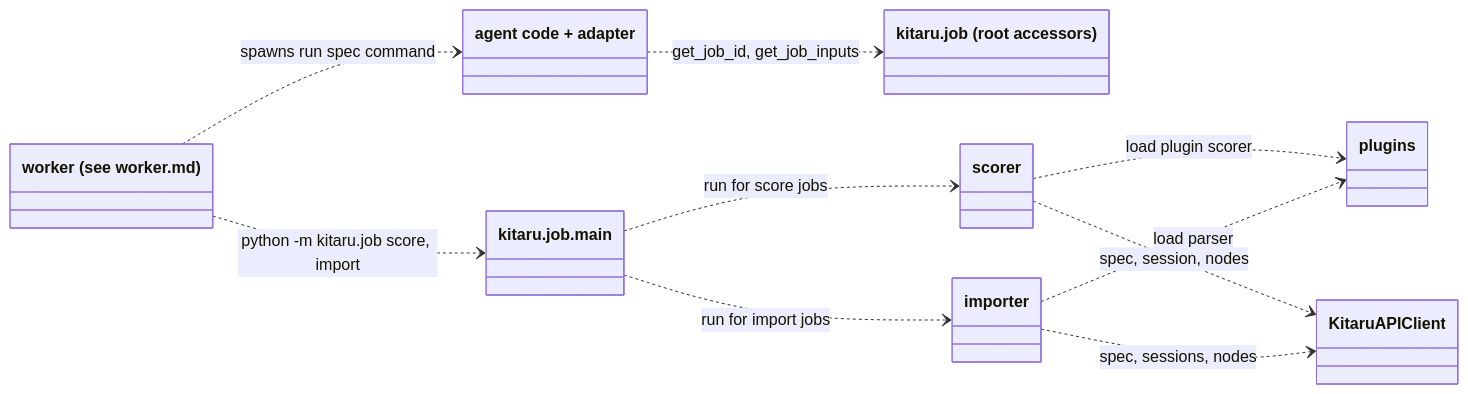
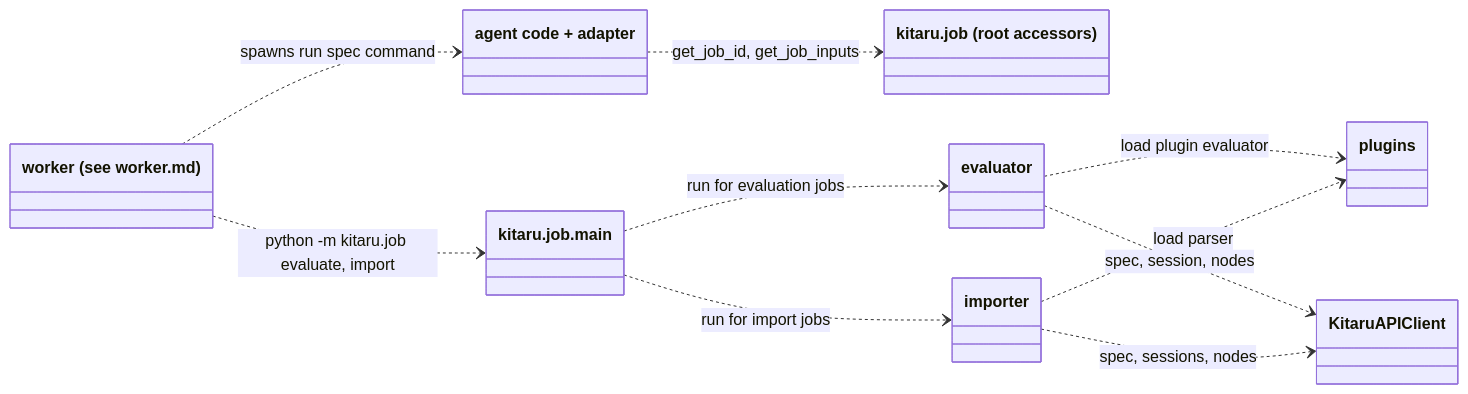
One commit to zenml-io/kitaru changed the diagram in spec/v2/job.md. Above: the diagram before and after it, drawn with Mermaid. The commit also changed other lines of this file and 3 other files, not shown here.

````diff
--- a/spec/v2/job.md
+++ b/spec/v2/job.md
@@ -201,17 +202,17 @@
 ```mermaid
 classDiagram
     direction LR
     class worker_process["worker (see worker.md)"]
     class main["kitaru.job.__main__"]
     class agent_code["agent code + adapter"]
     class accessors["kitaru.job (root accessors)"]
-    worker_process ..> main : python -m kitaru.job score, import
+    worker_process ..> main : python -m kitaru.job evaluate, import
     worker_process ..> agent_code : spawns run spec command
     agent_code ..> accessors : get_job_id, get_job_inputs
-    main ..> scorer : run for score jobs
+    main ..> evaluator : run for evaluation jobs
     main ..> importer : run for import jobs
-    scorer ..> plugins : load plugin scorer
+    evaluator ..> plugins : load plugin evaluator
     importer ..> plugins : load parser
-    scorer ..> KitaruAPIClient : spec, session, nodes
+    evaluator ..> KitaruAPIClient : spec, session, nodes
     importer ..> KitaruAPIClient : spec, sessions, nodes
 ```
````
